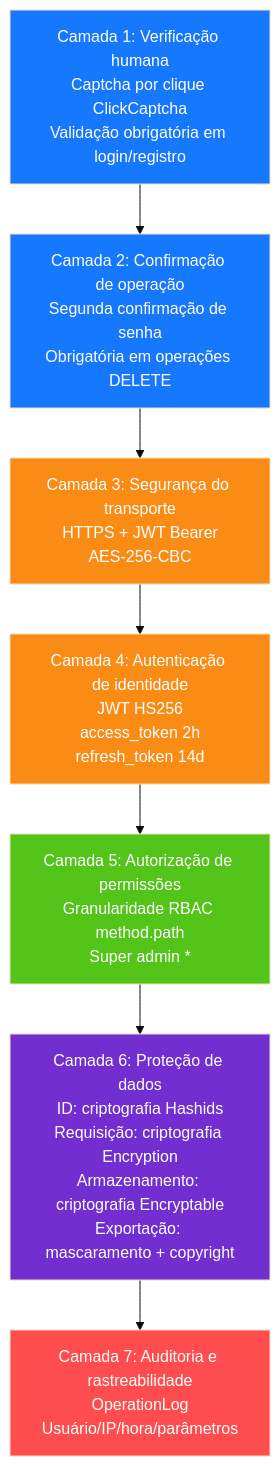
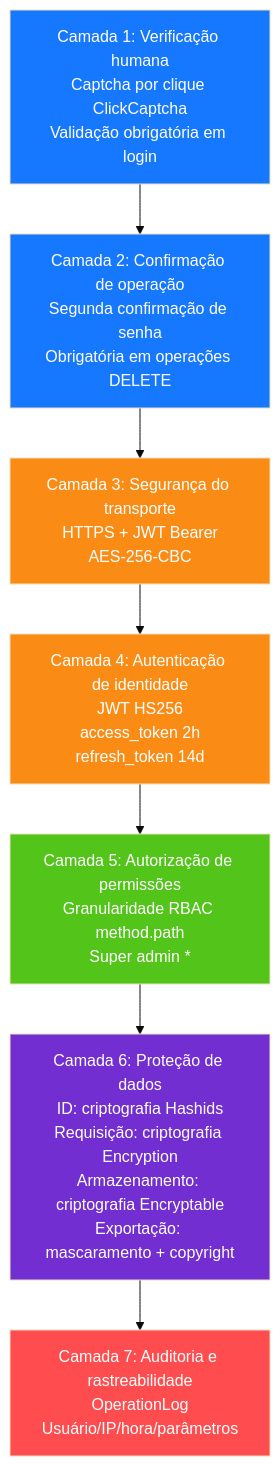
The diagram in docs/diagrams/11-security-defense.pt.md (erikwang2013/open-admin), drawn with Mermaid (base theme) before and after one commit. The commit also changed 115 other files, not shown here.

First line of the commit message:
功能：新增项目宠物「小安」、站点首页与手写 SVG 设计图集；全部文档对齐代码

````diff
--- a/docs/diagrams/11-security-defense.pt.md
+++ b/docs/diagrams/11-security-defense.pt.md
@@ -7,20 +7,20 @@
 ```mermaid
 flowchart TB
-    l1["Camada 1: Verificação humana<br/>Captcha por clique ClickCaptcha<br/>Validação obrigatória em login/registro"]
+    l1["Camada 1: Verificação humana<br/>Captcha por clique ClickCaptcha<br/>Validação obrigatória em login"]
     l2["Camada 2: Confirmação de operação<br/>Segunda confirmação de senha<br/>Obrigatória em operações DELETE"]
     l3["Camada 3: Segurança do transporte<br/>HTTPS + JWT Bearer<br/>AES-256-CBC"]
     l4["Camada 4: Autenticação de identidade<br/>JWT HS256<br/>access_token 2h<br/>refresh_token 14d"]
     l5["Camada 5: Autorização de permissões<br/>Granularidade RBAC method.path<br/>Super admin *"]
     l6["Camada 6: Proteção de dados<br/>ID: criptografia Hashids<br/>Requisição: criptografia Encryption<br/>Armazenamento: criptografia Encryptable<br/>Exportação: mascaramento + copyright"]
     l7["Camada 7: Auditoria e rastreabilidade<br/>OperationLog<br/>Usuário/IP/hora/parâmetros"]
 
     l1 --> l2 --> l3 --> l4 --> l5 --> l6 --> l7
 
     style l1 fill:#1677FF,color:#fff
     style l2 fill:#1677FF,color:#fff
     style l3 fill:#FA8C16,color:#fff
     style l4 fill:#FA8C16,color:#fff
     style l5 fill:#52C41A,color:#fff
     style l6 fill:#722ED1,color:#fff
     style l7 fill:#FF4D4F,color:#fff
 ```
````
